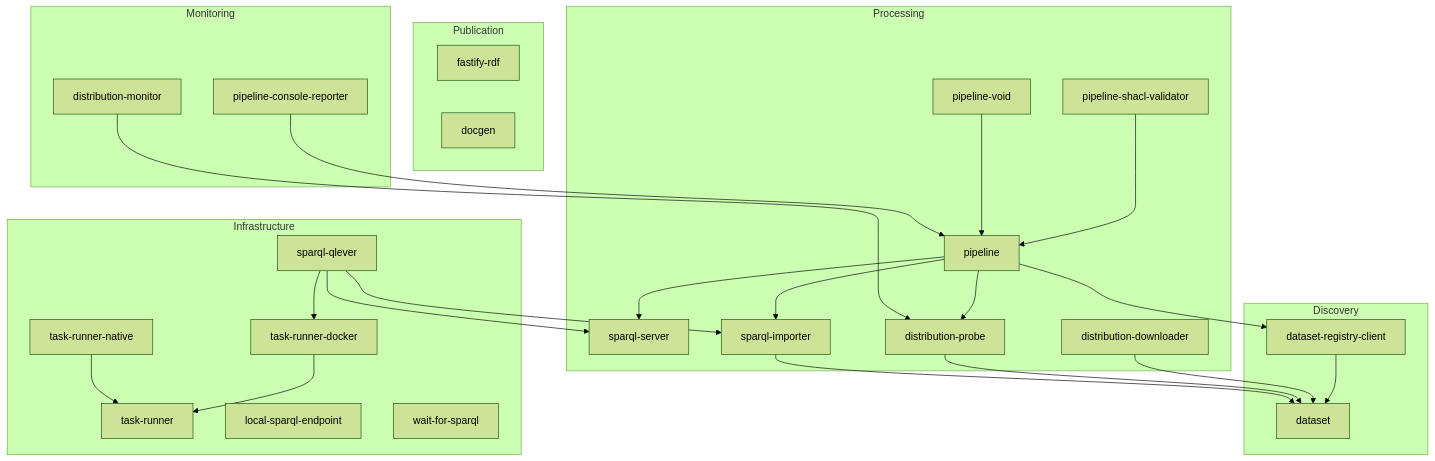
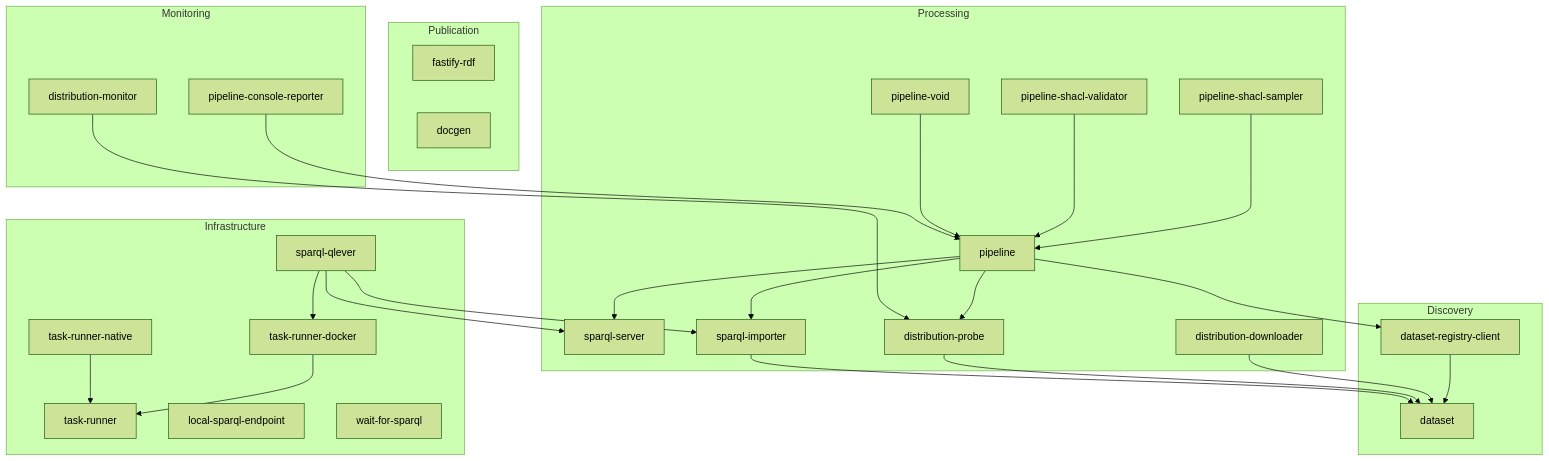
The diagram in README.md (ldengine/lde), drawn with Mermaid (forest theme) before and after one commit. The commit also changed other lines of this file and 24 other files, not shown here.

First line of the commit message:
feat(pipeline-shacl-sampler): add per-class sampling stages derived from SHACL (#381)

````diff
--- a/README.md
+++ b/README.md
@@ -177,40 +182,41 @@
 ```mermaid
 graph TD
   subgraph Discovery
     dataset
     dataset-registry-client --> dataset
   end
 
   subgraph Processing
     pipeline --> dataset-registry-client
     pipeline --> sparql-server
     pipeline --> sparql-importer
+    pipeline-shacl-sampler --> pipeline
     pipeline-shacl-validator --> pipeline
     pipeline-void --> pipeline
     distribution-downloader --> dataset
     distribution-probe --> dataset
     pipeline --> distribution-probe
     sparql-importer --> dataset
   end
 
   subgraph Publication
     fastify-rdf
     docgen
   end
 
   subgraph Monitoring
     pipeline-console-reporter --> pipeline
     distribution-monitor --> distribution-probe
   end
 
   subgraph Infrastructure
     sparql-qlever --> sparql-importer
     sparql-qlever --> sparql-server
     sparql-qlever --> task-runner-docker
     task-runner-docker --> task-runner
     task-runner-native --> task-runner
     sparql-server
     local-sparql-endpoint
     wait-for-sparql
   end
 ```
````
